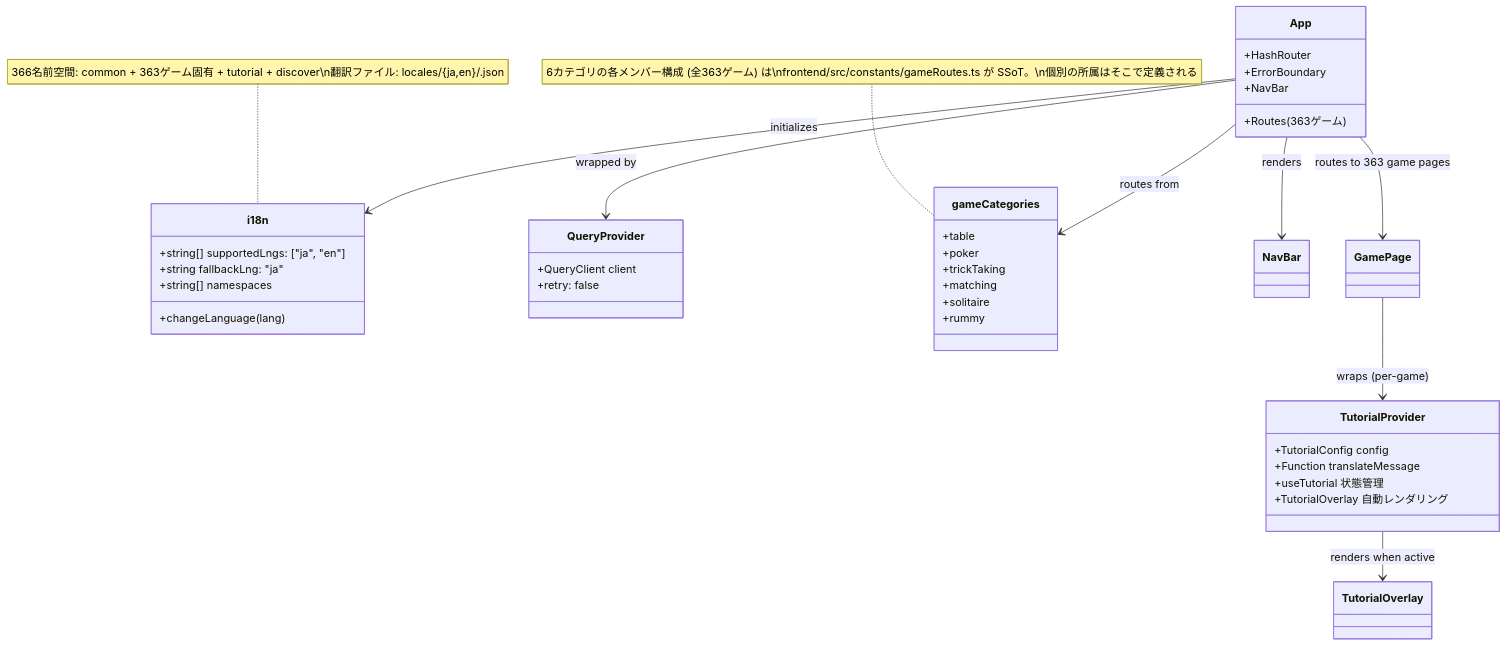
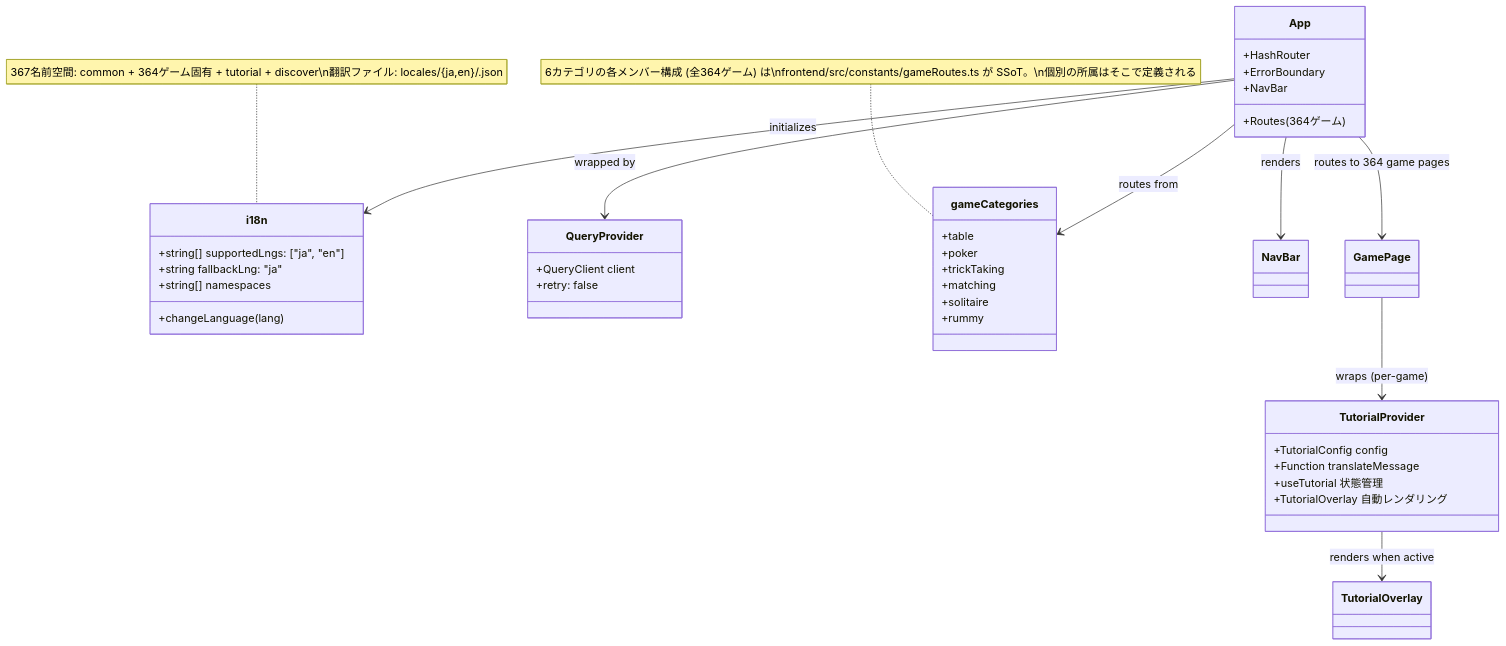
The ninth of 49 diagrams in docs/design/frontend.md (yuta-yoshinaga/go_trumpcards), drawn with Mermaid before and after one commit. The commit also changed other lines of this file and 65 other files, not shown here.

````diff
--- a/docs/design/frontend.md
+++ b/docs/design/frontend.md
@@ -1874,48 +1874,48 @@
 ```mermaid
 classDiagram
     class i18n {
         +string[] supportedLngs: ["ja", "en"]
         +string fallbackLng: "ja"
         +string[] namespaces
         +changeLanguage(lang)
     }
 
     class QueryProvider {
         +QueryClient client
         +retry: false
     }
 
     class App {
         +HashRouter
         +ErrorBoundary
         +NavBar
-        +Routes (363ゲーム)
+        +Routes (364ゲーム)
     }
 
     class gameCategories {
         +table
         +poker
         +trickTaking
         +matching
         +solitaire
         +rummy
     }
-    note for gameCategories "6カテゴリの各メンバー構成 (全363ゲーム) は\nfrontend/src/constants/gameRoutes.ts が SSoT。\n個別の所属はそこで定義される"
+    note for gameCategories "6カテゴリの各メンバー構成 (全364ゲーム) は\nfrontend/src/constants/gameRoutes.ts が SSoT。\n個別の所属はそこで定義される"
 
     class TutorialProvider {
         +TutorialConfig config
         +Function translateMessage
         +useTutorial 状態管理
         +TutorialOverlay 自動レンダリング
     }
 
     App --> QueryProvider : wrapped by
     App --> i18n : initializes
     App --> gameCategories : routes from
     App --> NavBar : renders
-    App --> GamePage : routes to 363 game pages
+    App --> GamePage : routes to 364 game pages
     GamePage --> TutorialProvider : wraps (per-game)
     TutorialProvider --> TutorialOverlay : renders when active
 
-    note for i18n "366名前空間: common + 363ゲーム固有 + tutorial + discover\n翻訳ファイル: locales/{ja,en}/<game>.json"
+    note for i18n "367名前空間: common + 364ゲーム固有 + tutorial + discover\n翻訳ファイル: locales/{ja,en}/<game>.json"
 ```
````
